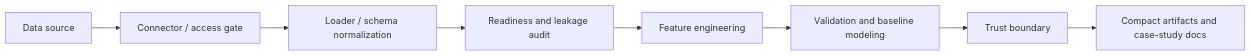
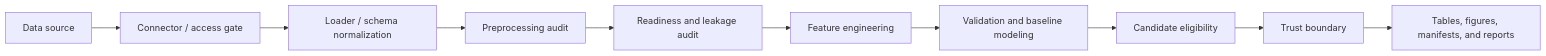
One commit to jhin0410-lgtm/materials-data-analyzer changed the diagram in docs/PORTFOLIO_OVERVIEW.md. Above: the diagram before and after it, drawn with Mermaid. The commit also changed other lines of this file, not shown here.

````diff
--- a/docs/PORTFOLIO_OVERVIEW.md
+++ b/docs/PORTFOLIO_OVERVIEW.md
@@ -22,10 +53,12 @@
 ```mermaid
 flowchart LR
     source["Data source"] --> connector["Connector / access gate"]
     connector --> loader["Loader / schema normalization"]
-    loader --> readiness["Readiness and leakage audit"]
+    loader --> preprocessing["Preprocessing audit"]
+    preprocessing --> readiness["Readiness and leakage audit"]
     readiness --> features["Feature engineering"]
     features --> validation["Validation and baseline modeling"]
-    validation --> trust["Trust boundary"]
-    trust --> artifacts["Compact artifacts and case-study docs"]
+    validation --> eligibility["Candidate eligibility"]
+    eligibility --> trust["Trust boundary"]
+    trust --> artifacts["Tables, figures, manifests, and reports"]
 ```
````
